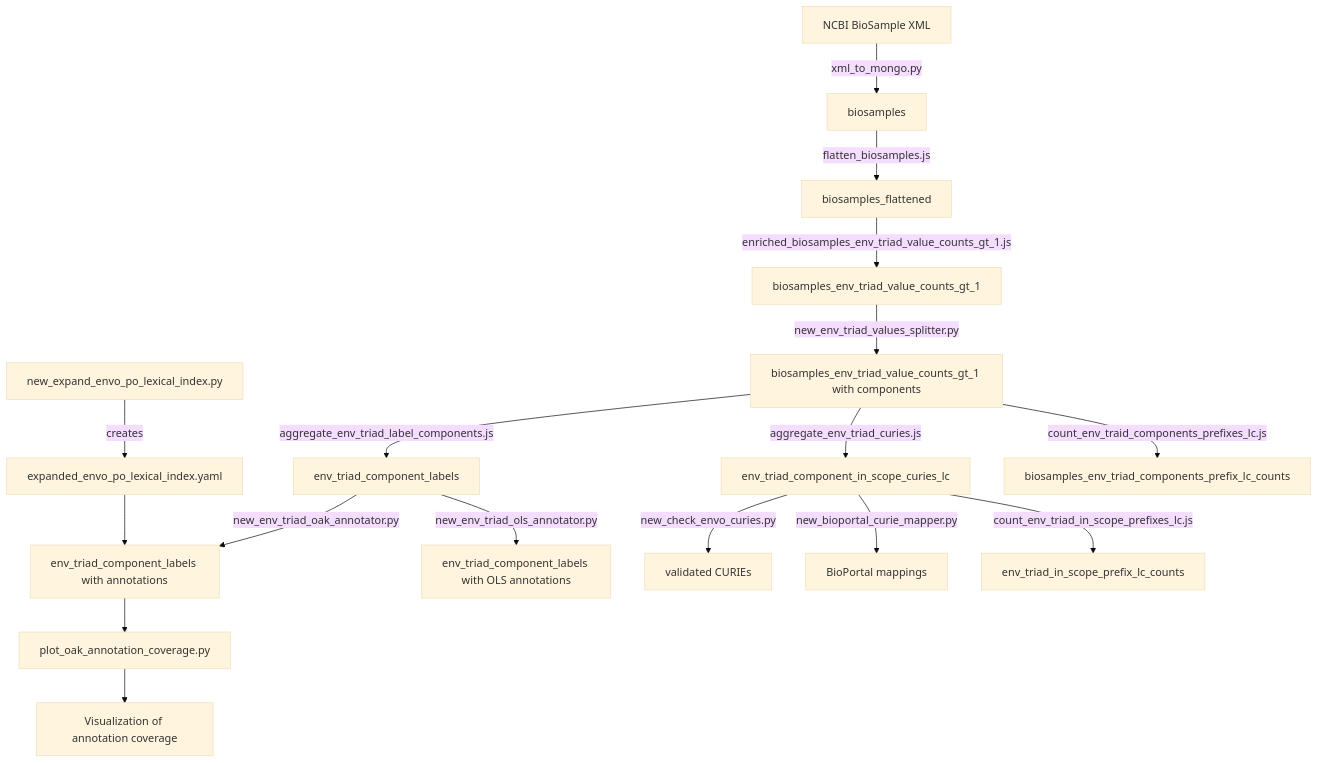
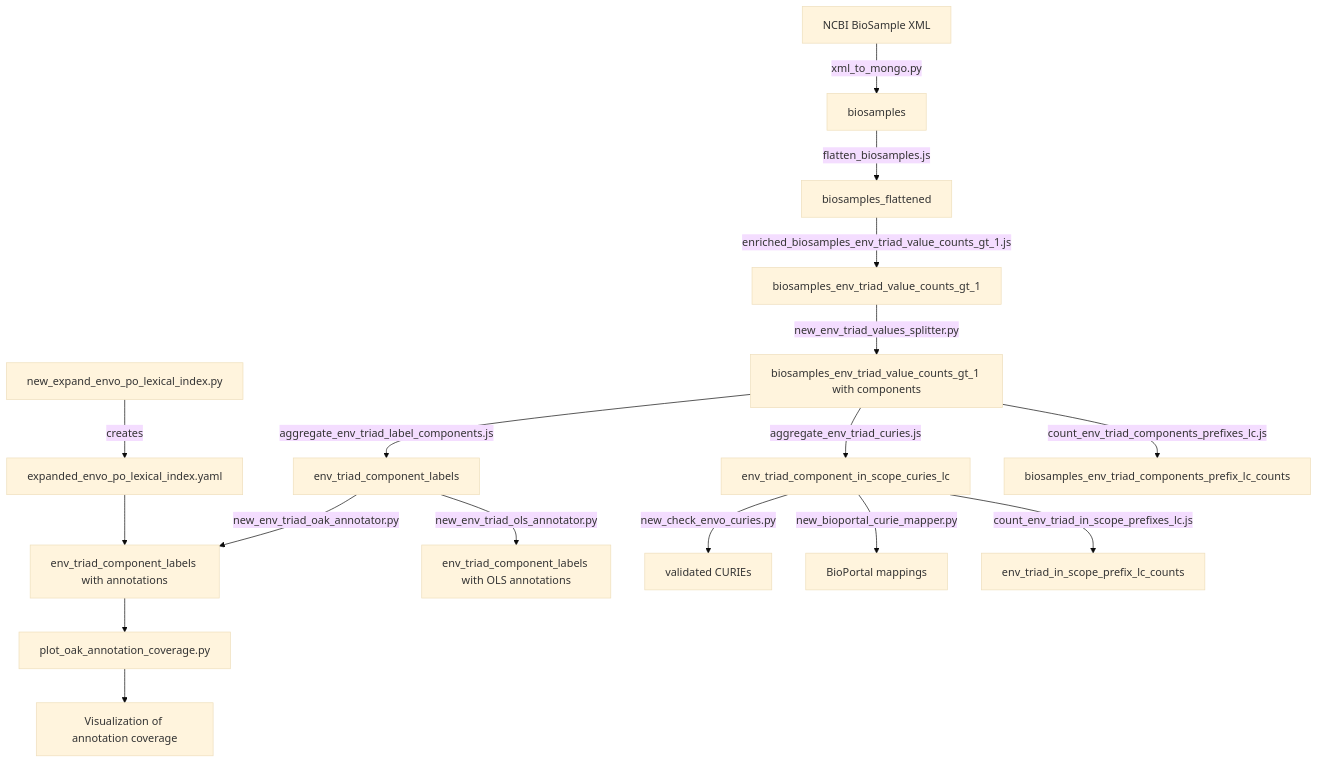
Before and after one commit to microbiomedata/external-metadata-awareness: the diagram in claude-mds/env-triad-annotation.md, drawn with Mermaid (base theme). The commit also changed other lines of this file and 81 other files, not shown here.

````diff
--- a/claude-mds/env-triad-annotation.md
+++ b/claude-mds/env-triad-annotation.md
@@ -19,22 +19,22 @@
 ```mermaid
 graph TD
     A[NCBI BioSample XML] -->|xml_to_mongo.py| B[biosamples]
     B -->|flatten_biosamples.js| C[biosamples_flattened]
     C -->|enriched_biosamples_env_triad_value_counts_gt_1.js| D[biosamples_env_triad_value_counts_gt_1]
     D -->|new_env_triad_values_splitter.py| E[biosamples_env_triad_value_counts_gt_1 with components]
     E -->|aggregate_env_triad_label_components.js| F[env_triad_component_labels]
     E -->|aggregate_env_triad_curies.js| G[env_triad_component_in_scope_curies_lc]
     
     N[new_expand_envo_po_lexical_index.py] -->|creates| O[expanded_envo_po_lexical_index.yaml]
     O --> H
     
     F -->|new_env_triad_oak_annotator.py| H[env_triad_component_labels with annotations]
     F -->|new_env_triad_ols_annotator.py| I[env_triad_component_labels with OLS annotations]
     G -->|new_check_envo_curies.py| J[validated CURIEs]
     G -->|new_bioportal_curie_mapper.py| K[BioPortal mappings]
     G -->|count_env_triad_in_scope_prefixes_lc.js| L[env_triad_in_scope_prefix_lc_counts]
-    E -->|count_env_traid_components_prefixes_lc.js| M[biosamples_env_triad_components_prefix_lc_counts]
+    E -->|count_env_triad_components_prefixes_lc.js| M[biosamples_env_triad_components_prefix_lc_counts]
     
     H --> P[plot_oak_annotation_coverage.py]
     P --> Q[Visualization of annotation coverage]
 ```
````
